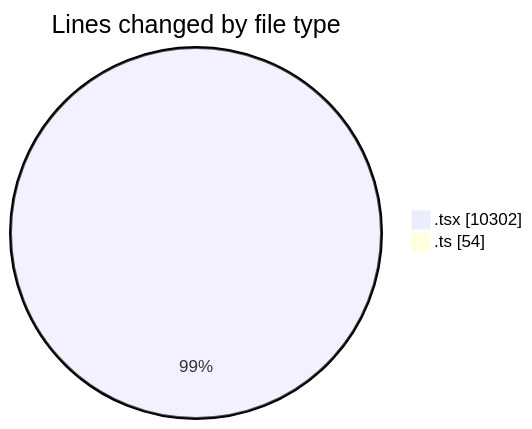
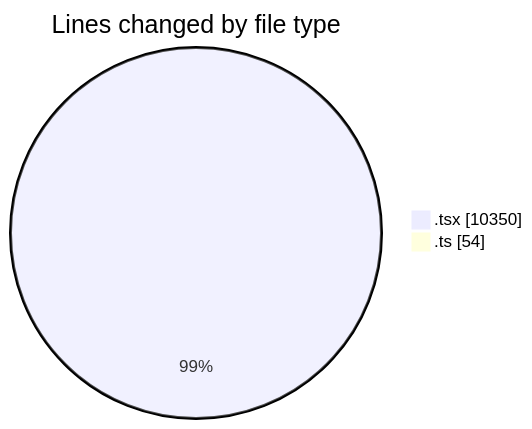
Before and after one commit to nxtqubesakshisongat/code-tracking: the first of 2 diagrams in 2026-03-05/nxtqube_webapp/README.md, drawn with Mermaid. The commit also changed other lines of this file and 1 other file, not shown here.

````diff
--- a/2026-03-05/nxtqube_webapp/README.md
+++ b/2026-03-05/nxtqube_webapp/README.md
@@ -34,6 +34,6 @@
 ```mermaid
 pie showData
 title Lines changed by file type
-".tsx" : 10302
+".tsx" : 10350
 ".ts" : 54
 ```
````
